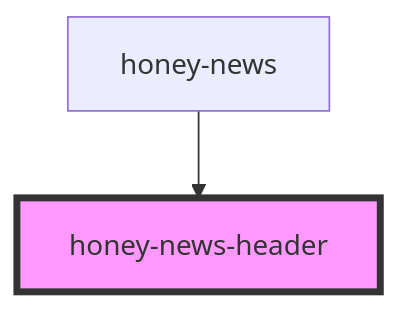
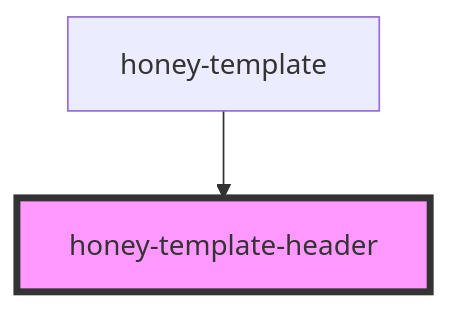
The diagram in src/components/honey-news/header/readme.md (Huluvu424242/honey-template), drawn with Mermaid before and after one commit. The commit also changed other lines of this file and 46 other files, not shown here.

````diff
--- a/src/components/honey-news/header/readme.md
+++ b/src/components/honey-news/header/readme.md
@@ -15,5 +15,5 @@
 ```mermaid
 graph TD;
-  honey-news --> honey-news-header
-  style honey-news-header fill:#f9f,stroke:#333,stroke-width:4px
+  honey-template --> honey-template-header
+  style honey-template-header fill:#f9f,stroke:#333,stroke-width:4px
 ```
````
